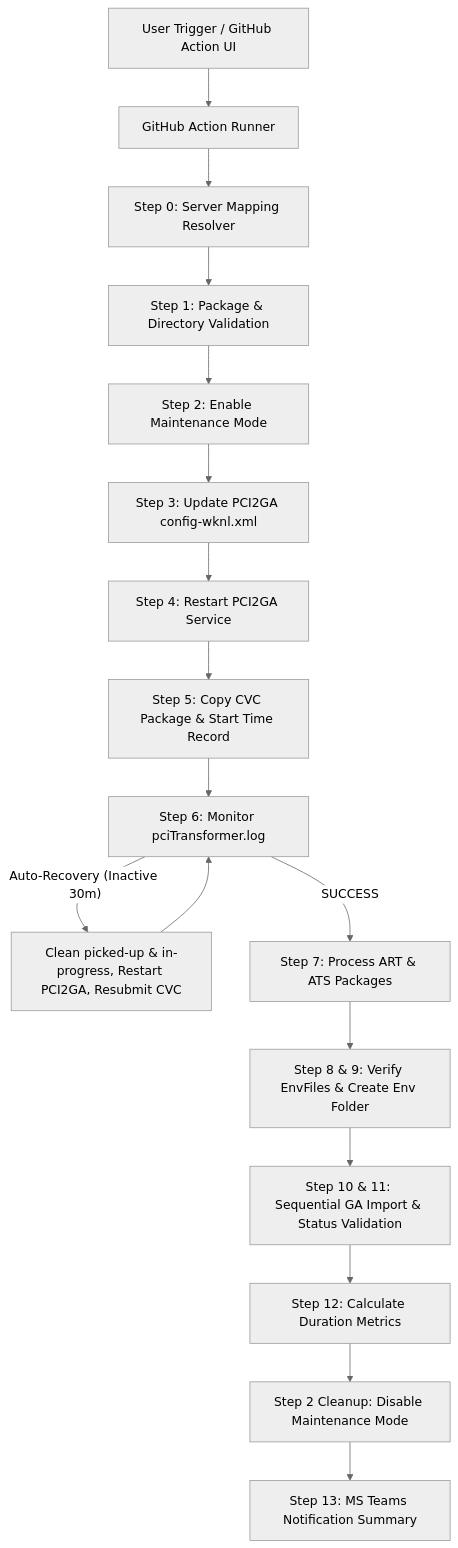
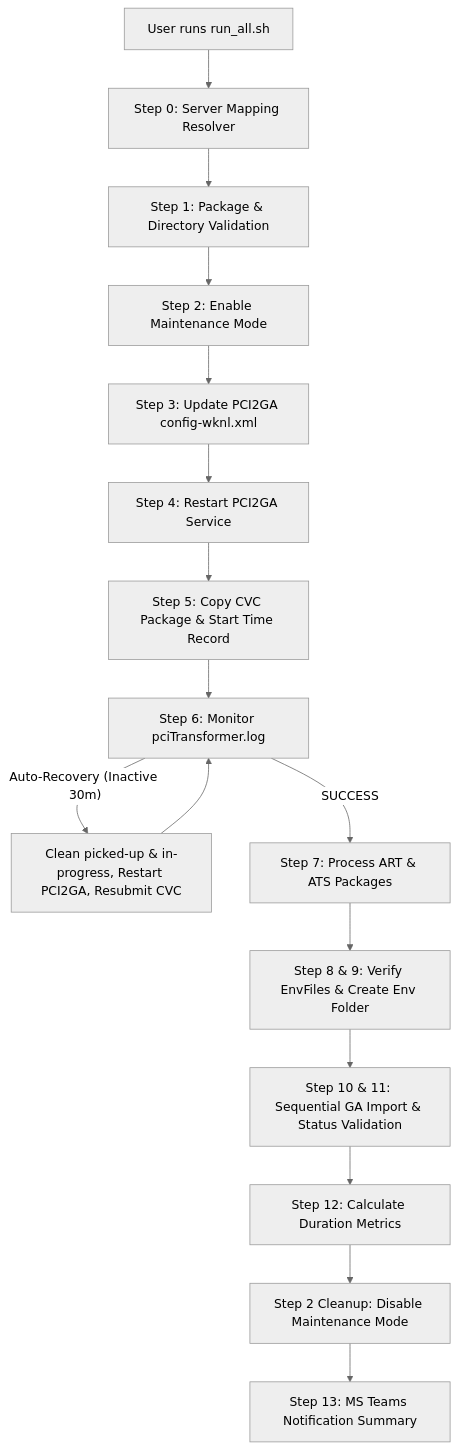
One commit to vivek-wk/configset-deployment-pipeline changed the first of 2 diagrams in docs/ARCHITECTURE.md. Above: the diagram before and after it, drawn with Mermaid (neutral theme). The commit also changed other lines of this file and 8 other files, not shown here.

````diff
--- a/docs/ARCHITECTURE.md
+++ b/docs/ARCHITECTURE.md
@@ -10,19 +10,18 @@
 ```mermaid
 flowchart TD
-    A[User Trigger / GitHub Action UI] --> B[GitHub Action Runner]
-    B --> C[Step 0: Server Mapping Resolver]
+    A[User runs run_all.sh] --> C[Step 0: Server Mapping Resolver]
     C --> D[Step 1: Package & Directory Validation]
     D --> E[Step 2: Enable Maintenance Mode]
     E --> F[Step 3: Update PCI2GA config-wknl.xml]
     F --> G[Step 4: Restart PCI2GA Service]
     G --> H[Step 5: Copy CVC Package & Start Time Record]
     H --> I[Step 6: Monitor pciTransformer.log]
     I -- Auto-Recovery (Inactive 30m) --> IR[Clean picked-up & in-progress, Restart PCI2GA, Resubmit CVC]
     IR --> I
     I -- SUCCESS --> J[Step 7: Process ART & ATS Packages]
     J --> K[Step 8 & 9: Verify EnvFiles & Create Env<Number> Folder]
     K --> L[Step 10 & 11: Sequential GA Import & Status Validation]
     L --> M[Step 12: Calculate Duration Metrics]
     M --> N[Step 2 Cleanup: Disable Maintenance Mode]
     N --> O[Step 13: MS Teams Notification Summary]
 ```
````
